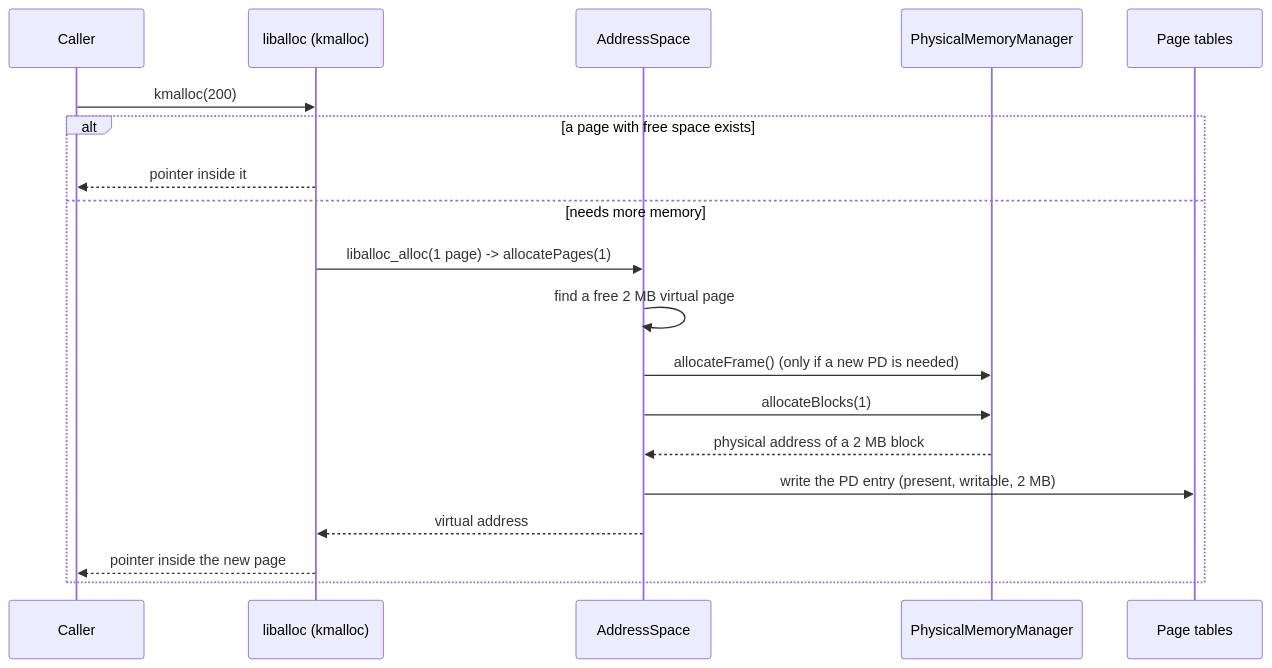
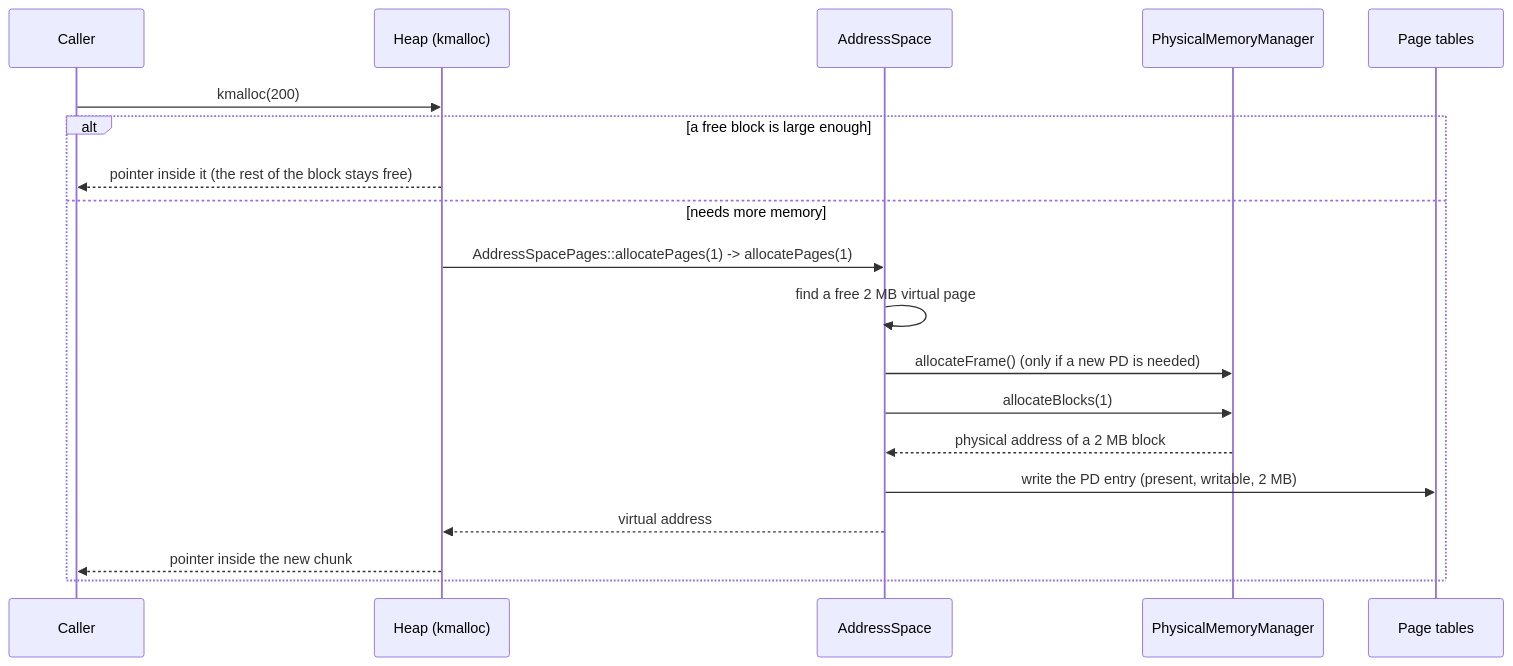
Before and after one commit to oguzhankynk/atlOS: the first of 2 diagrams in kernel/mm/README.md, drawn with Mermaid. The commit also changed other lines of this file and 41 other files, not shown here.

````diff
--- a/kernel/mm/README.md
+++ b/kernel/mm/README.md
@@ -164,21 +163,21 @@
 ```mermaid
 sequenceDiagram
     participant C as Caller
-    participant H as liballoc (kmalloc)
+    participant H as Heap (kmalloc)
     participant V as AddressSpace
     participant P as PhysicalMemoryManager
     participant T as Page tables
     C->>H: kmalloc(200)
-    alt a page with free space exists
-        H-->>C: pointer inside it
+    alt a free block is large enough
+        H-->>C: pointer inside it (the rest of the block stays free)
     else needs more memory
-        H->>V: liballoc_alloc(1 page) -> allocatePages(1)
+        H->>V: AddressSpacePages::allocatePages(1) -> allocatePages(1)
         V->>V: find a free 2 MB virtual page
         V->>P: allocateFrame() (only if a new PD is needed)
         V->>P: allocateBlocks(1)
         P-->>V: physical address of a 2 MB block
         V->>T: write the PD entry (present, writable, 2 MB)
         V-->>H: virtual address
-        H-->>C: pointer inside the new page
+        H-->>C: pointer inside the new chunk
     end
 ```
````
